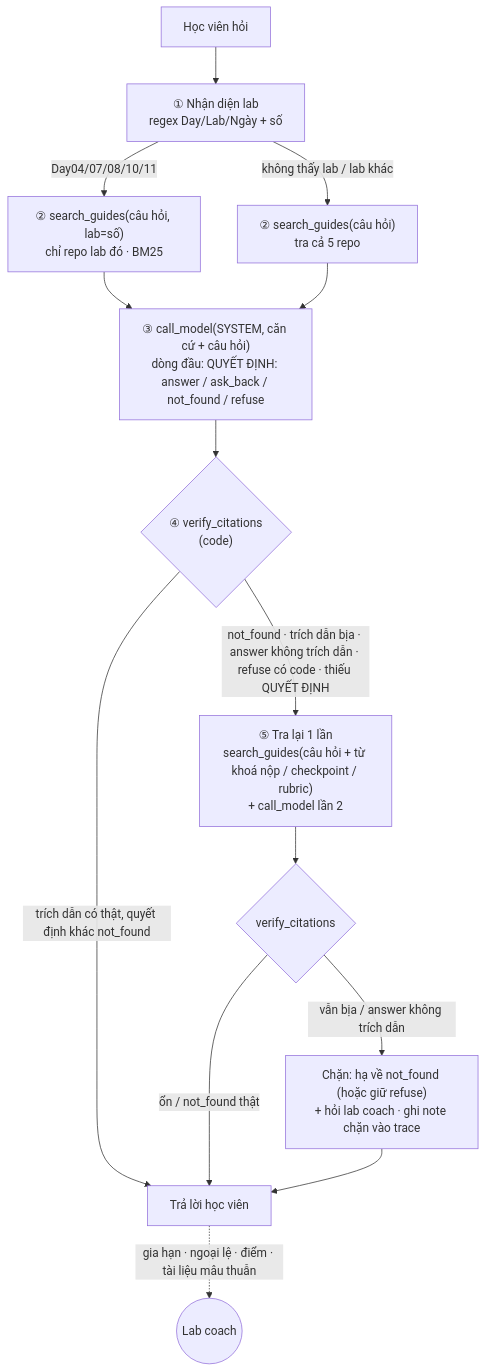
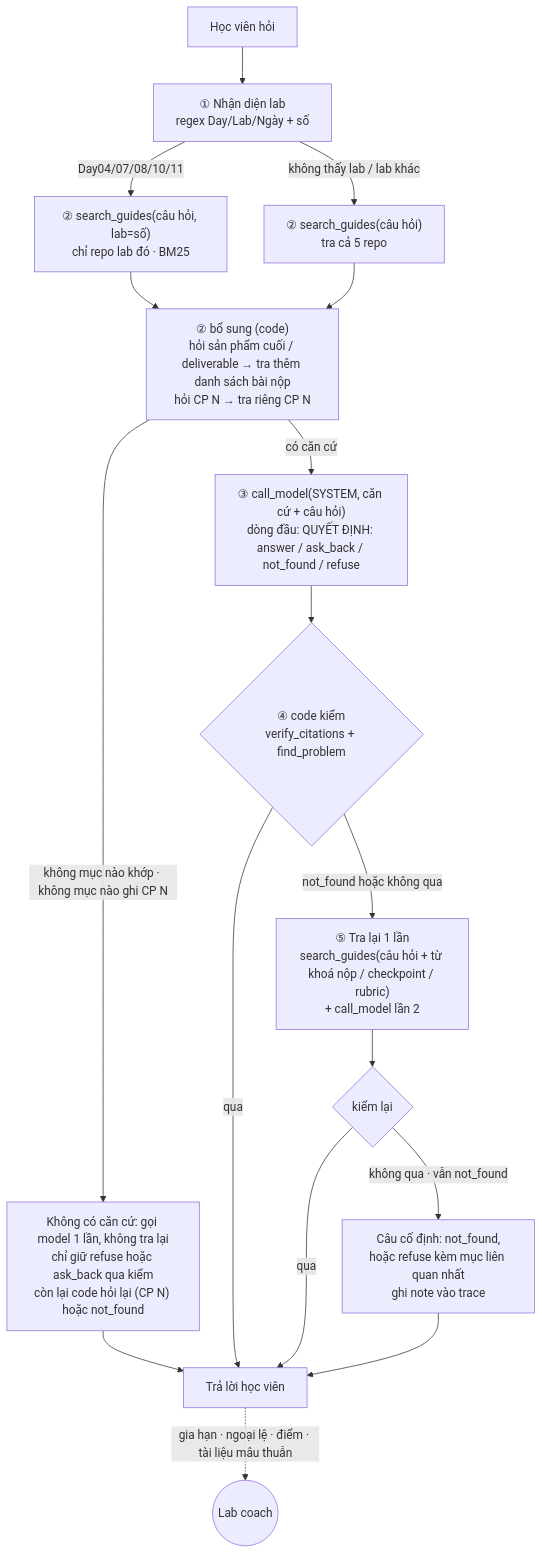
Before and after one commit to copengoknghek/K5-Day15-L3A-TayDuKy: the diagram in spec.md, drawn with Mermaid. The commit also changed other lines of this file and 2 other files, not shown here.

Commit message:
CP2: spec §4 khop agent.py, output cham thu, khai bao dung AI

````diff
--- a/spec.md
+++ b/spec.md
@@ -44,16 +44,19 @@
 ```mermaid
 flowchart TD
     Q[Học viên hỏi] --> L["① Nhận diện lab<br/>regex Day/Lab/Ngày + số"]
     L -->|"Day04/07/08/10/11"| S1["② search_guides(câu hỏi, lab=số)<br/>chỉ repo lab đó · BM25"]
     L -->|"không thấy lab / lab khác"| S0["② search_guides(câu hỏi)<br/>tra cả 5 repo"]
-    S1 --> M["③ call_model(SYSTEM, căn cứ + câu hỏi)<br/>dòng đầu: QUYẾT ĐỊNH: answer / ask_back / not_found / refuse"]
-    S0 --> M
-    M --> V{"④ verify_citations<br/>(code)"}
-    V -->|"trích dẫn có thật, quyết định khác not_found"| OUT[Trả lời học viên]
-    V -->|"not_found · trích dẫn bịa · answer không trích dẫn · refuse có code · thiếu QUYẾT ĐỊNH"| R["⑤ Tra lại 1 lần<br/>search_guides(câu hỏi + từ khoá nộp / checkpoint / rubric)<br/>+ call_model lần 2"]
-    R --> V2{"verify_citations"}
-    V2 -->|"ổn / not_found thật"| OUT
-    V2 -->|"vẫn bịa / answer không trích dẫn"| B["Chặn: hạ về not_found (hoặc giữ refuse)<br/>+ hỏi lab coach · ghi note chặn vào trace"]
+    S1 --> X["② bổ sung (code)<br/>hỏi sản phẩm cuối / deliverable → tra thêm danh sách bài nộp<br/>hỏi CP N → tra riêng CP N"]
+    S0 --> X
+    X -->|"có căn cứ"| M["③ call_model(SYSTEM, căn cứ + câu hỏi)<br/>dòng đầu: QUYẾT ĐỊNH: answer / ask_back / not_found / refuse"]
+    X -->|"không mục nào khớp · không mục nào ghi CP N"| E["Không có căn cứ: gọi model 1 lần, không tra lại<br/>chỉ giữ refuse hoặc ask_back qua kiểm<br/>còn lại code hỏi lại (CP N) hoặc not_found"]
+    E --> OUT[Trả lời học viên]
+    M --> V{"④ code kiểm<br/>verify_citations + find_problem"}
+    V -->|"qua"| OUT
+    V -->|"not_found hoặc không qua"| R["⑤ Tra lại 1 lần<br/>search_guides(câu hỏi + từ khoá nộp / checkpoint / rubric)<br/>+ call_model lần 2"]
+    R --> V2{"kiểm lại"}
+    V2 -->|"qua"| OUT
+    V2 -->|"không qua · vẫn not_found"| B["Câu cố định: not_found,<br/>hoặc refuse kèm mục liên quan nhất<br/>ghi note vào trace"]
     B --> OUT
     OUT -.->|"gia hạn · ngoại lệ · điểm · tài liệu mâu thuẫn"| H((Lab coach))
 ```
````
